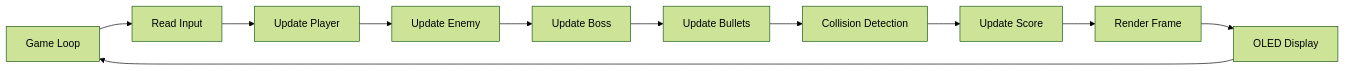
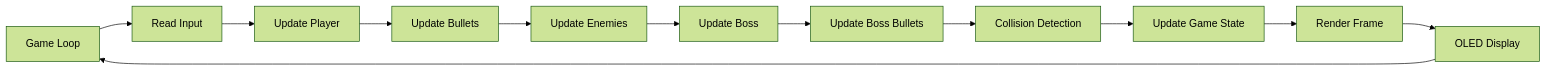
One commit to phihungnguyen1402-byte/Monster-Shooter_Game changed the second of 7 diagrams in application/docs/03-software-architecture.md. Above: the diagram before and after it, drawn with Mermaid (forest theme). The commit also changed other lines of this file, not shown here.

````diff
--- a/application/docs/03-software-architecture.md
+++ b/application/docs/03-software-architecture.md
@@ -69,25 +69,27 @@
 ```mermaid
 flowchart LR
 
 A[Game Loop]
 
 A --> B[Read Input]
 
 B --> C[Update Player]
 
-C --> D[Update Enemy]
+C --> D[Update Bullets]
 
-D --> E[Update Boss]
+D --> E[Update Enemies]
 
-E --> F[Update Bullets]
+E --> F[Update Boss]
 
-F --> G[Collision Detection]
+F --> G[Update Boss Bullets]
 
-G --> H[Update Score]
+G --> H[Collision Detection]
 
-H --> I[Render Frame]
+H --> I[Update Game State]
 
-I --> J[OLED Display]
+I --> J[Render Frame]
 
-J --> A
+J --> K[OLED Display]
+
+K --> A
 ```
````
